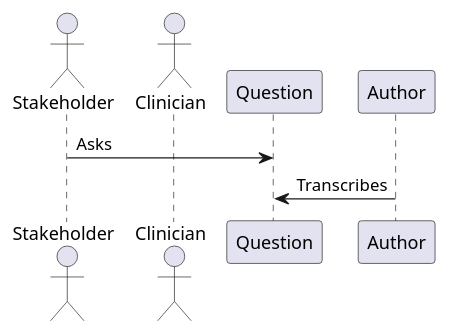
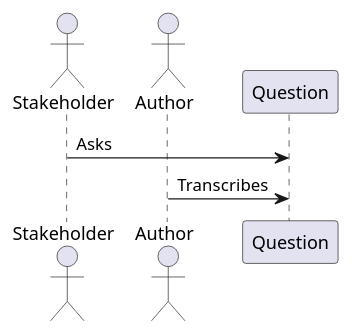
Before and after one commit to chronicleworks/chronicle: the diagram in docs/docs/diagrams/src/question.puml, drawn with PlantUML. The commit also changed 13 other files, not shown here.

```diff
--- a/docs/docs/diagrams/src/question.puml
+++ b/docs/docs/diagrams/src/question.puml
@@ -1,9 +1,9 @@
 @startuml
 
 actor "Stakeholder"
-actor "Clinician"
+actor "Author"
 
 Stakeholder -> Question : Asks
 Author -> Question : Transcribes
 
 @enduml
```
